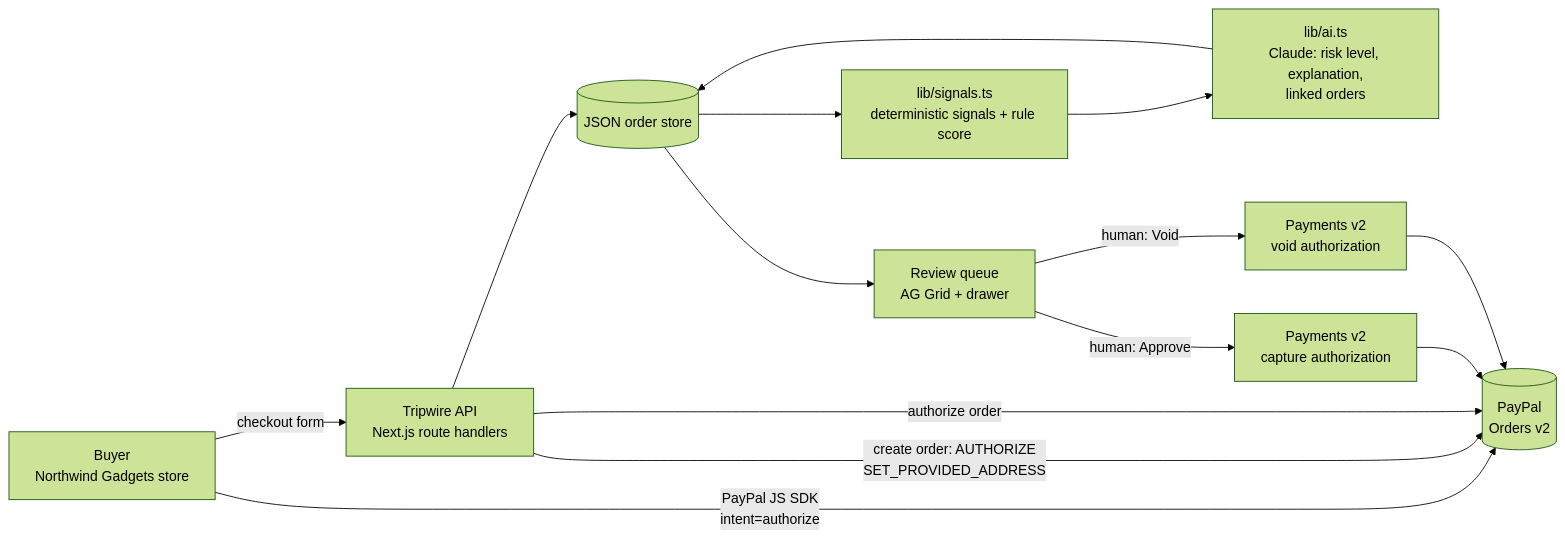
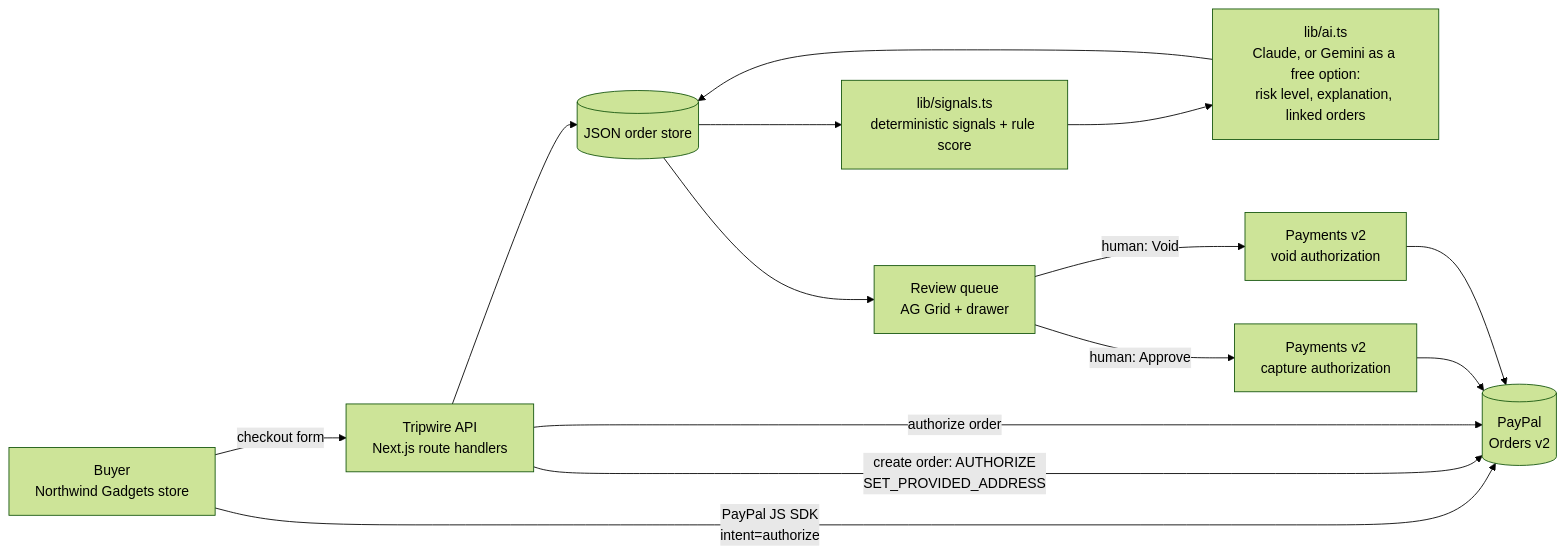
Before and after one commit to mykacx/tripwire: the diagram in README.md, drawn with Mermaid (forest theme). The commit also changed other lines of this file and 1 other file, not shown here.

Commit message:
Docs: mention optional Gemini provider everywhere the AI is described

````diff
--- a/README.md
+++ b/README.md
@@ -30,16 +30,16 @@
 ```mermaid
 flowchart LR
     B[Buyer<br/>Northwind Gadgets store] -->|PayPal JS SDK<br/>intent=authorize| PP[(PayPal<br/>Orders v2)]
     B -->|checkout form| API[Tripwire API<br/>Next.js route handlers]
     API -->|create order: AUTHORIZE<br/>SET_PROVIDED_ADDRESS| PP
     API -->|authorize order| PP
     API --> S[(JSON order store)]
     S --> SIG[lib/signals.ts<br/>deterministic signals + rule score]
-    SIG --> AI[lib/ai.ts<br/>Claude: risk level, explanation,<br/>linked orders]
+    SIG --> AI[lib/ai.ts<br/>Claude, or Gemini as a free option:<br/>risk level, explanation, linked orders]
     AI --> S
     S --> Q[Review queue<br/>AG Grid + drawer]
     Q -->|human: Approve| CAP[Payments v2<br/>capture authorization]
     Q -->|human: Void| VOID[Payments v2<br/>void authorization]
     CAP --> PP
     VOID --> PP
 ```
````
